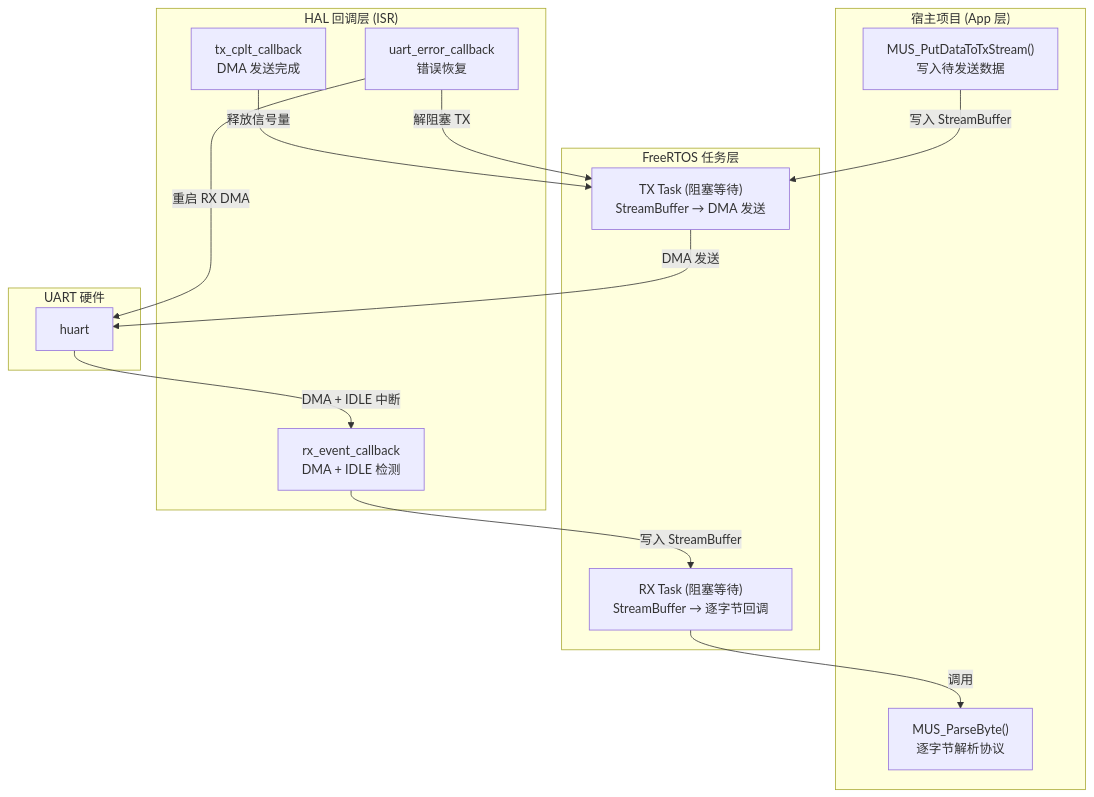
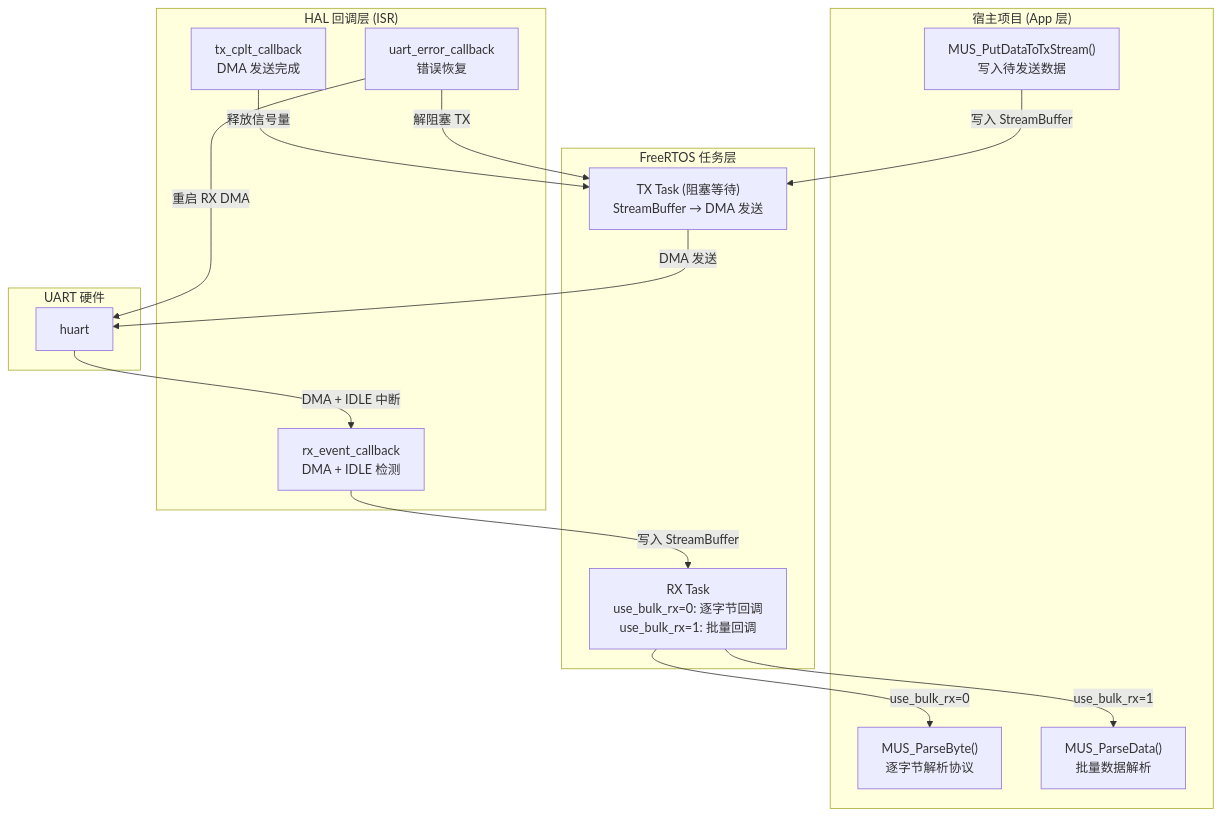
Before and after one commit to darwinstudio/MultiUartStream: the diagram in README.md, drawn with Mermaid. The commit also changed other lines of this file and 4 other files, not shown here.

First line of the commit message:
feat: 新增批量接收模式，移除 MUS_RxStreamRead

````diff
--- a/README.md
+++ b/README.md
@@ -152,33 +160,35 @@
 ```mermaid
 graph TD
     subgraph APP["宿主项目 (App 层)"]
         PB["MUS_ParseByte()<br/>逐字节解析协议"]
+        PD["MUS_ParseData()<br/>批量数据解析"]
         PT["MUS_PutDataToTxStream()<br/>写入待发送数据"]
     end
 
     subgraph TASK["FreeRTOS 任务层"]
-        RX["RX Task (阻塞等待)<br/>StreamBuffer → 逐字节回调"]
+        RX["RX Task<br/>use_bulk_rx=0: 逐字节回调<br/>use_bulk_rx=1: 批量回调"]
         TX["TX Task (阻塞等待)<br/>StreamBuffer → DMA 发送"]
     end
 
     subgraph HAL["HAL 回调层 (ISR)"]
         RX_CB["rx_event_callback<br/>DMA + IDLE 检测"]
         TX_CB["tx_cplt_callback<br/>DMA 发送完成"]
         ERR["uart_error_callback<br/>错误恢复"]
     end
 
     subgraph HW["UART 硬件"]
         UART["huart"]
     end
 
     UART -- "DMA + IDLE 中断" --> RX_CB
     RX_CB -- "写入 StreamBuffer" --> RX
-    RX -- "调用" --> PB
+    RX -- "use_bulk_rx=0" --> PB
+    RX -- "use_bulk_rx=1" --> PD
 
     PT -- "写入 StreamBuffer" --> TX
     TX -- "DMA 发送" --> UART
     TX_CB -- "释放信号量" --> TX
 
     ERR -- "重启 RX DMA" --> UART
     ERR -- "解阻塞 TX" --> TX
 ```
````
